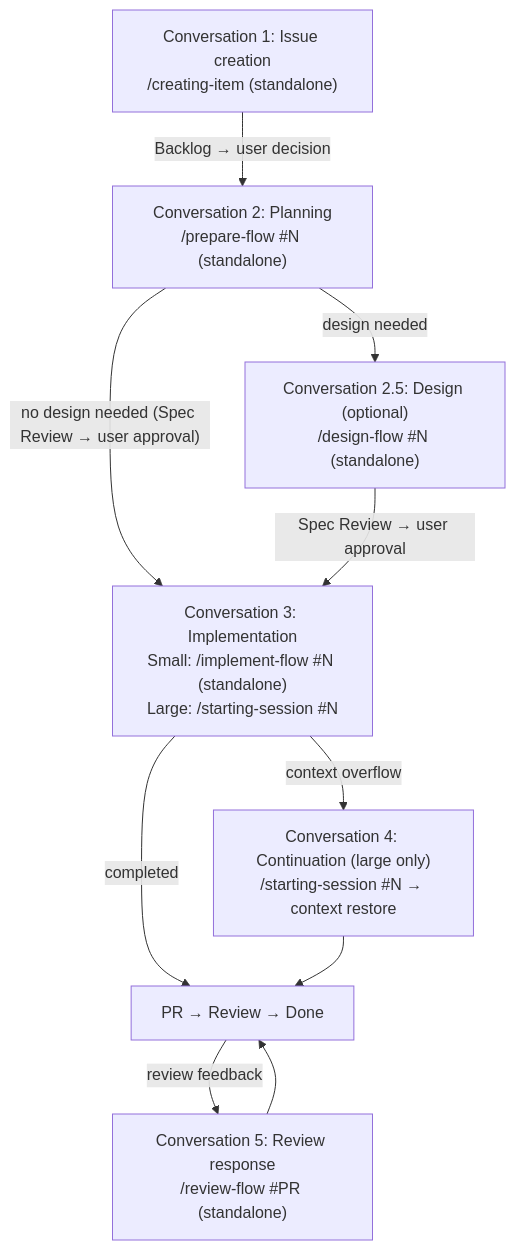
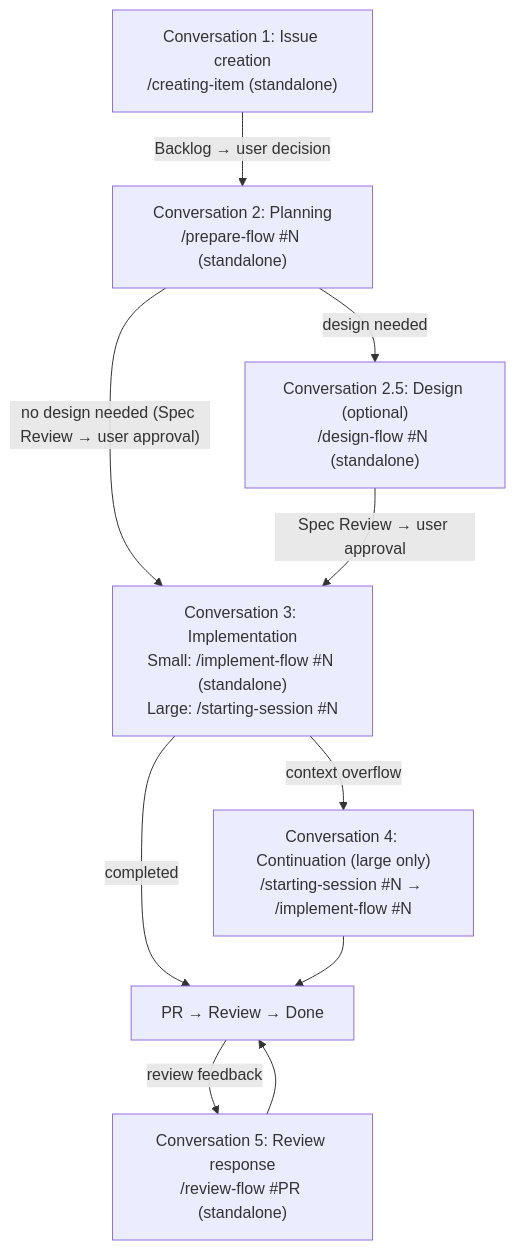
One commit to ShirokumaLibrary/shirokuma-plugins changed the first of 2 diagrams in shirokuma-skills-en/skills/implement-flow/reference/workflow-details.md. Above: the diagram before and after it, drawn with Mermaid. The commit also changed other lines of this file and 33 other files, not shown here.

````diff
--- a/shirokuma-skills-en/skills/implement-flow/reference/workflow-details.md
+++ b/shirokuma-skills-en/skills/implement-flow/reference/workflow-details.md
@@ -9,18 +9,18 @@
 ```mermaid
 graph TD
     C1["Conversation 1: Issue creation<br/>/creating-item (standalone)"]
     C2["Conversation 2: Planning<br/>/prepare-flow #N (standalone)"]
     C2D["Conversation 2.5: Design (optional)<br/>/design-flow #N (standalone)"]
     C3["Conversation 3: Implementation<br/>Small: /implement-flow #N (standalone)<br/>Large: /starting-session #N"]
-    C4["Conversation 4: Continuation (large only)<br/>/starting-session #N → context restore"]
+    C4["Conversation 4: Continuation (large only)<br/>/starting-session #N → /implement-flow #N"]
 
     C1 -->|"Backlog → user decision"| C2
     C2 -->|"design needed"| C2D
     C2 -->|"no design needed (Spec Review → user approval)"| C3
     C2D -->|"Spec Review → user approval"| C3
     C3 -->|"context overflow"| C4
     C3 -->|"completed"| Done["PR → Review → Done"]
     C4 --> Done
     Done -->|"review feedback"| C5["Conversation 5: Review response<br/>/review-flow #PR (standalone)"]
     C5 --> Done
 ```
````
